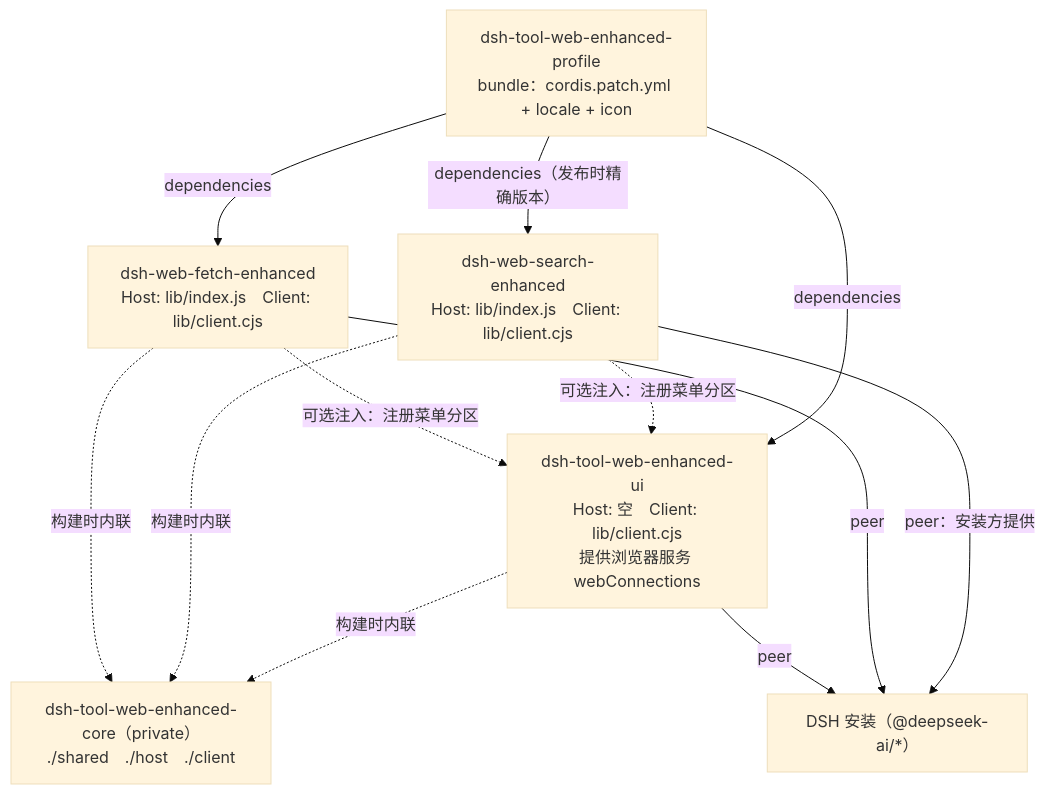
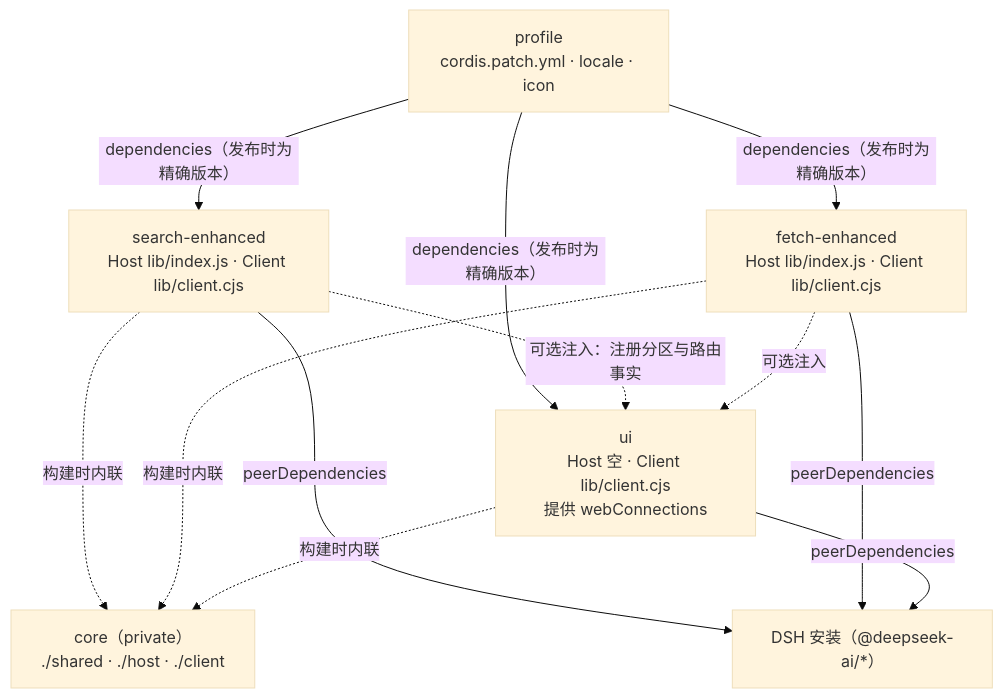
Before and after one commit to Yurzi/dsh-tool-web-enhanced: the second of 5 diagrams in docs/architecture.md, drawn with Mermaid (base theme). The commit also changed other lines of this file and 156 other files, not shown here.

```diff
--- a/docs/architecture.md
+++ b/docs/architecture.md
@@ -83,20 +70,14 @@
 ~~~mermaid
 flowchart TD
-  profile["dsh-tool-web-enhanced-profile<br/>bundle：cordis.patch.yml + locale + icon"]
-  search["dsh-web-search-enhanced<br/>Host: lib/index.js　Client: lib/client.cjs"]
-  fetch["dsh-web-fetch-enhanced<br/>Host: lib/index.js　Client: lib/client.cjs"]
-  ui["dsh-tool-web-enhanced-ui<br/>Host: 空　Client: lib/client.cjs<br/>提供浏览器服务 webConnections"]
-  core["dsh-tool-web-enhanced-core（private）<br/>./shared　./host　./client"]
+  profile["profile<br/>cordis.patch.yml · locale · icon"]
+  search["search-enhanced<br/>Host lib/index.js · Client lib/client.cjs"]
+  fetch["fetch-enhanced<br/>Host lib/index.js · Client lib/client.cjs"]
+  ui["ui<br/>Host 空 · Client lib/client.cjs<br/>提供 webConnections"]
+  core["core（private）<br/>./shared · ./host · ./client"]
   dsh["DSH 安装（@deepseek-ai/*）"]
-  profile -- "dependencies（发布时精确版本）" --> search
-  profile -- dependencies --> fetch
-  profile -- dependencies --> ui
-  search -. "可选注入：注册菜单分区" .-> ui
-  fetch -. "可选注入：注册菜单分区" .-> ui
-  ui -. "构建时内联" .-> core
-  search -. "构建时内联" .-> core
-  fetch -. "构建时内联" .-> core
-  search -- "peer：安装方提供" --> dsh
-  fetch -- peer --> dsh
-  ui -- peer --> dsh
+  profile -- "dependencies（发布时为精确版本）" --> search & fetch & ui
+  search -. "可选注入：注册分区与路由事实" .-> ui
+  fetch -. "可选注入" .-> ui
+  search & fetch & ui -. "构建时内联" .-> core
+  search & fetch & ui -- "peerDependencies" --> dsh
 ~~~
```
